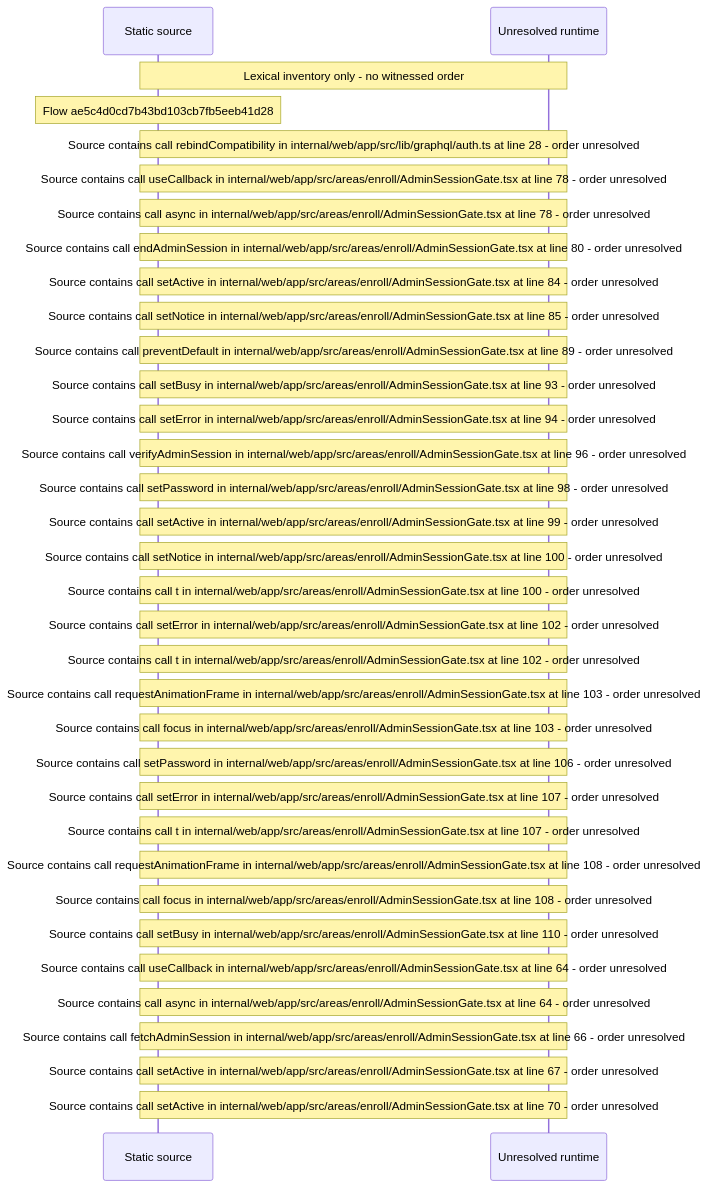
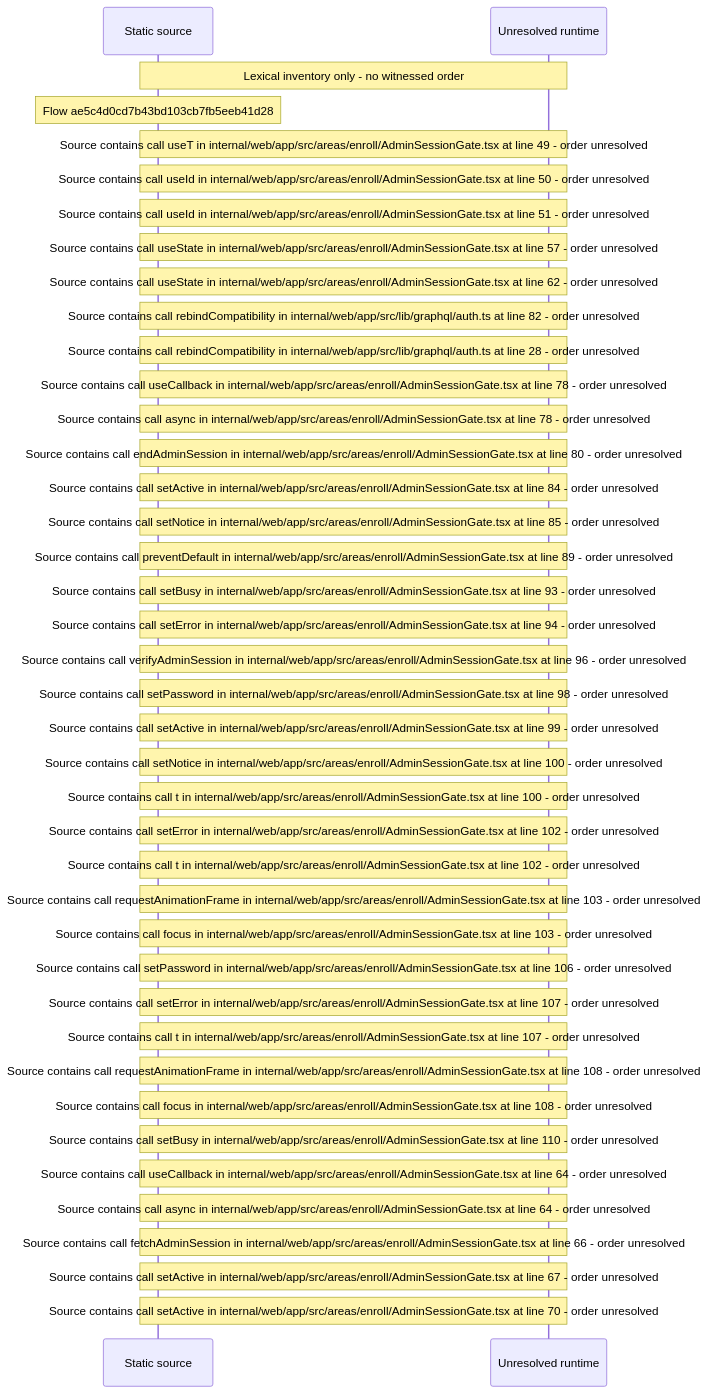
One commit to beamfall/core changed the diagram in docs/web/flows/generated/ae5c4d0cd7b43bd103cb7fb5eeb41d28/flow-diagram.md. Above: the diagram before and after it, drawn with Mermaid. The commit also changed other lines of this file and 699 other files, not shown here.

Commit message:
Regenerate the web flow record with flow generator version 5

````diff
--- a/docs/web/flows/generated/ae5c4d0cd7b43bd103cb7fb5eeb41d28/flow-diagram.md
+++ b/docs/web/flows/generated/ae5c4d0cd7b43bd103cb7fb5eeb41d28/flow-diagram.md
@@ -10,36 +10,42 @@
 ```mermaid
 sequenceDiagram
     participant S as Static source
     participant U as Unresolved runtime
     Note over S,U: Lexical inventory only - no witnessed order
     Note over S: Flow ae5c4d0cd7b43bd103cb7fb5eeb41d28
+    Note over S,U: Source contains call useT in internal/web/app/src/areas/enroll/AdminSessionGate.tsx at line 49 - order unresolved
+    Note over S,U: Source contains call useId in internal/web/app/src/areas/enroll/AdminSessionGate.tsx at line 50 - order unresolved
+    Note over S,U: Source contains call useId in internal/web/app/src/areas/enroll/AdminSessionGate.tsx at line 51 - order unresolved
+    Note over S,U: Source contains call useState in internal/web/app/src/areas/enroll/AdminSessionGate.tsx at line 57 - order unresolved
+    Note over S,U: Source contains call useState in internal/web/app/src/areas/enroll/AdminSessionGate.tsx at line 62 - order unresolved
+    Note over S,U: Source contains call rebindCompatibility in internal/web/app/src/lib/graphql/auth.ts at line 82 - order unresolved
     Note over S,U: Source contains call rebindCompatibility in internal/web/app/src/lib/graphql/auth.ts at line 28 - order unresolved
     Note over S,U: Source contains call useCallback in internal/web/app/src/areas/enroll/AdminSessionGate.tsx at line 78 - order unresolved
     Note over S,U: Source contains call async in internal/web/app/src/areas/enroll/AdminSessionGate.tsx at line 78 - order unresolved
     Note over S,U: Source contains call endAdminSession in internal/web/app/src/areas/enroll/AdminSessionGate.tsx at line 80 - order unresolved
     Note over S,U: Source contains call setActive in internal/web/app/src/areas/enroll/AdminSessionGate.tsx at line 84 - order unresolved
     Note over S,U: Source contains call setNotice in internal/web/app/src/areas/enroll/AdminSessionGate.tsx at line 85 - order unresolved
     Note over S,U: Source contains call preventDefault in internal/web/app/src/areas/enroll/AdminSessionGate.tsx at line 89 - order unresolved
     Note over S,U: Source contains call setBusy in internal/web/app/src/areas/enroll/AdminSessionGate.tsx at line 93 - order unresolved
     Note over S,U: Source contains call setError in internal/web/app/src/areas/enroll/AdminSessionGate.tsx at line 94 - order unresolved
     Note over S,U: Source contains call verifyAdminSession in internal/web/app/src/areas/enroll/AdminSessionGate.tsx at line 96 - order unresolved
     Note over S,U: Source contains call setPassword in internal/web/app/src/areas/enroll/AdminSessionGate.tsx at line 98 - order unresolved
     Note over S,U: Source contains call setActive in internal/web/app/src/areas/enroll/AdminSessionGate.tsx at line 99 - order unresolved
     Note over S,U: Source contains call setNotice in internal/web/app/src/areas/enroll/AdminSessionGate.tsx at line 100 - order unresolved
     Note over S,U: Source contains call t in internal/web/app/src/areas/enroll/AdminSessionGate.tsx at line 100 - order unresolved
     Note over S,U: Source contains call setError in internal/web/app/src/areas/enroll/AdminSessionGate.tsx at line 102 - order unresolved
     Note over S,U: Source contains call t in internal/web/app/src/areas/enroll/AdminSessionGate.tsx at line 102 - order unresolved
     Note over S,U: Source contains call requestAnimationFrame in internal/web/app/src/areas/enroll/AdminSessionGate.tsx at line 103 - order unresolved
     Note over S,U: Source contains call focus in internal/web/app/src/areas/enroll/AdminSessionGate.tsx at line 103 - order unresolved
     Note over S,U: Source contains call setPassword in internal/web/app/src/areas/enroll/AdminSessionGate.tsx at line 106 - order unresolved
     Note over S,U: Source contains call setError in internal/web/app/src/areas/enroll/AdminSessionGate.tsx at line 107 - order unresolved
     Note over S,U: Source contains call t in internal/web/app/src/areas/enroll/AdminSessionGate.tsx at line 107 - order unresolved
     Note over S,U: Source contains call requestAnimationFrame in internal/web/app/src/areas/enroll/AdminSessionGate.tsx at line 108 - order unresolved
     Note over S,U: Source contains call focus in internal/web/app/src/areas/enroll/AdminSessionGate.tsx at line 108 - order unresolved
     Note over S,U: Source contains call setBusy in internal/web/app/src/areas/enroll/AdminSessionGate.tsx at line 110 - order unresolved
     Note over S,U: Source contains call useCallback in internal/web/app/src/areas/enroll/AdminSessionGate.tsx at line 64 - order unresolved
     Note over S,U: Source contains call async in internal/web/app/src/areas/enroll/AdminSessionGate.tsx at line 64 - order unresolved
     Note over S,U: Source contains call fetchAdminSession in internal/web/app/src/areas/enroll/AdminSessionGate.tsx at line 66 - order unresolved
     Note over S,U: Source contains call setActive in internal/web/app/src/areas/enroll/AdminSessionGate.tsx at line 67 - order unresolved
     Note over S,U: Source contains call setActive in internal/web/app/src/areas/enroll/AdminSessionGate.tsx at line 70 - order unresolved
 ```
````
